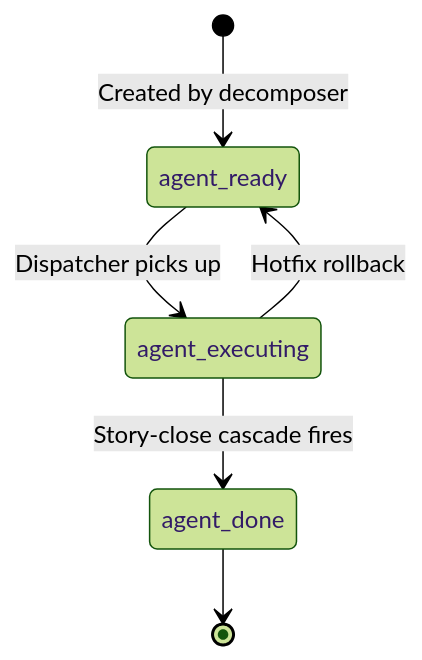
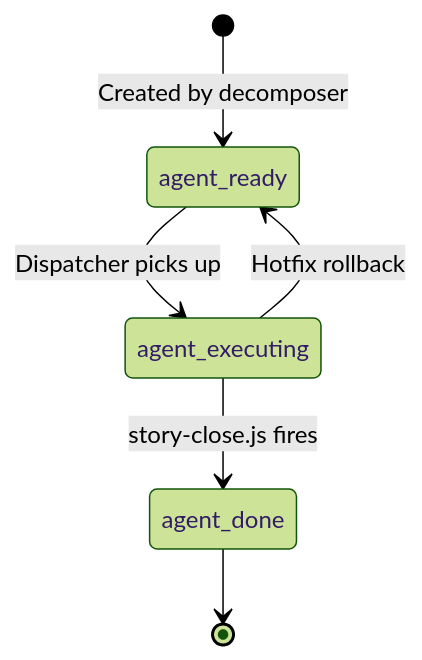
The seventh of 7 diagrams in docs/architecture.md (dsj1984/mandrel), drawn with Mermaid (forest theme) before and after one commit. The commit also changed other lines of this file and 121 other files, not shown here.

````diff
--- a/docs/architecture.md
+++ b/docs/architecture.md
@@ -659,9 +662,9 @@
 ```mermaid
 stateDiagram-v2
     [*] --> agent_ready: Created by decomposer
     agent_ready --> agent_executing: Dispatcher picks up
-    agent_executing --> agent_done: Story-close cascade fires
+    agent_executing --> agent_done: story-close.js fires
     agent_done --> [*]
 
     agent_executing --> agent_ready: Hotfix rollback
 ```
````
